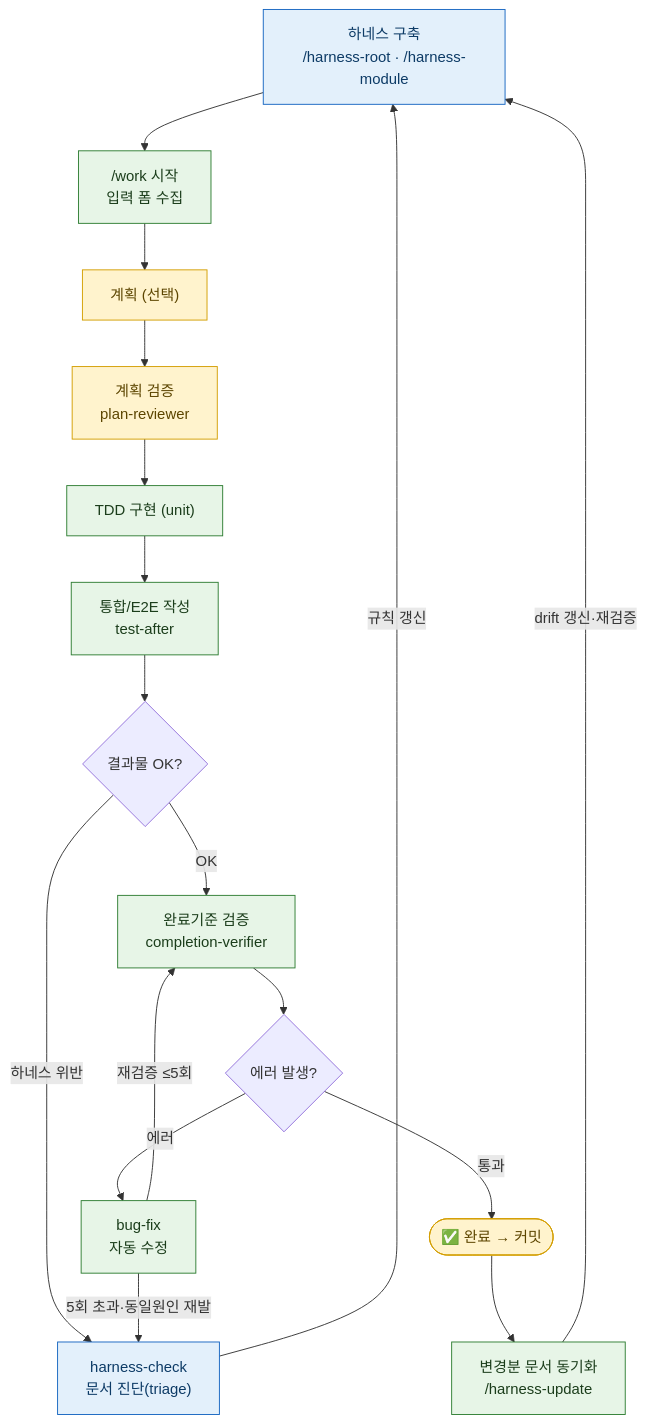
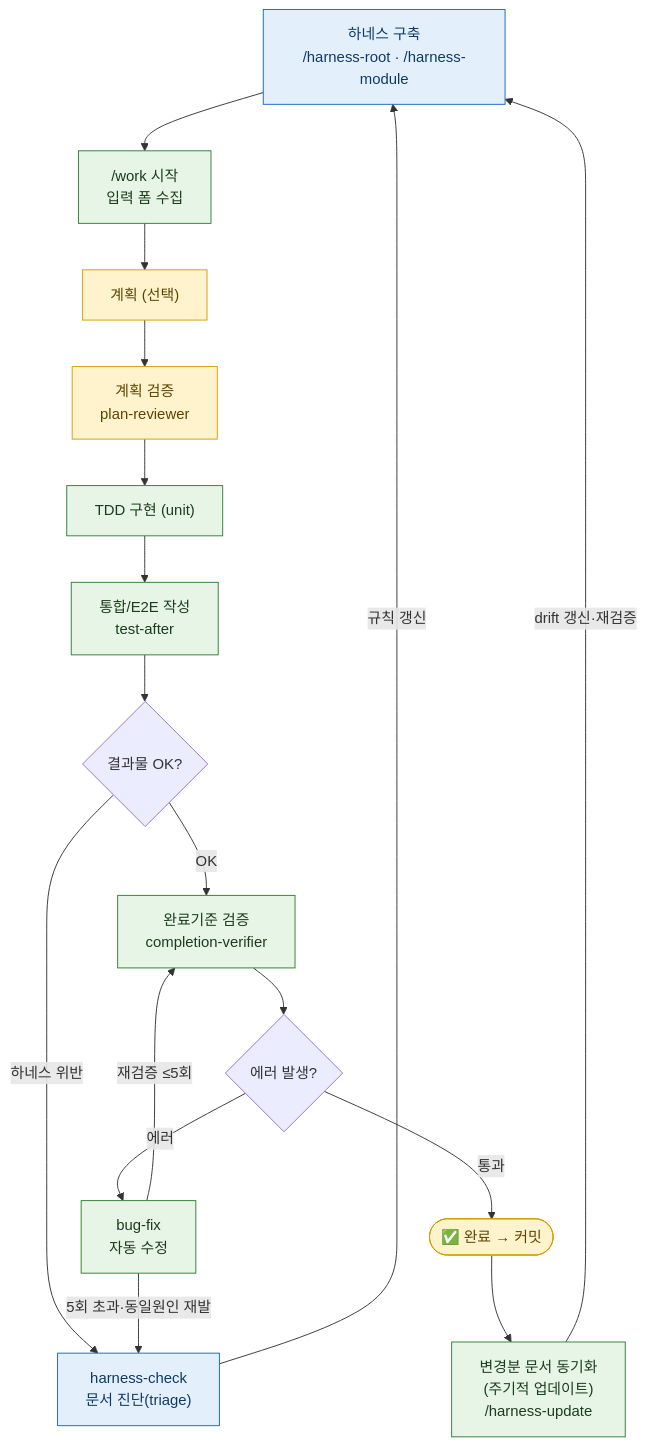
Before and after one commit to yunjeLee/yeoboya_harness_plugin: the diagram in README.md, drawn with Mermaid. The commit also changed other lines of this file, not shown here.

````diff
--- a/README.md
+++ b/README.md
@@ -79,26 +79,26 @@
 ```mermaid
 flowchart TD
     H["하네스 구축<br/>/harness-root · /harness-module"]:::harness
     H --> W["/work 시작<br/>입력 폼 수집"]:::auto
     W --> P["계획 (선택)"]:::gate
     P --> PR["계획 검증<br/>plan-reviewer"]:::gate
     PR --> TDD["TDD 구현 (unit)"]:::auto
     TDD --> IT["통합/E2E 작성<br/>test-after"]:::auto
     IT --> Q{"결과물 OK?"}
     Q -->|하네스 위반| HC
     Q -->|OK| CRI["완료기준 검증<br/>completion-verifier"]:::auto
     CRI --> Q2{에러 발생?}
     Q2 -->|에러| BF["bug-fix<br/>자동 수정"]:::auto
     BF -->|재검증 ≤5회| CRI
     Q2 -->|통과| DONE([✅ 완료 → 커밋]):::gate
-    DONE --> HU["변경분 문서 동기화<br/>/harness-update"]:::auto
+    DONE --> HU["변경분 문서 동기화<br/>(주기적 업데이트)<br/>/harness-update"]:::auto
     HU -->|drift 갱신·재검증| H
 
     BF -->|5회 초과·동일원인 재발| HC
     HC["harness-check<br/>문서 진단(triage)"]:::harness
     HC -->|규칙 갱신| H
 
     classDef auto fill:#e7f5e7,stroke:#2e7d32,color:#1b3d1b
     classDef gate fill:#fff3cd,stroke:#d39e00,color:#5c4500
     classDef harness fill:#e3f0fb,stroke:#1565c0,color:#0d3b66
 ```
````
